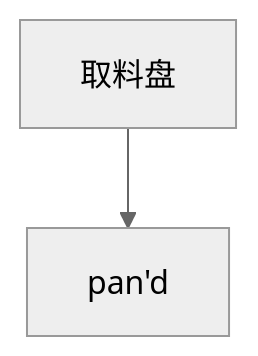
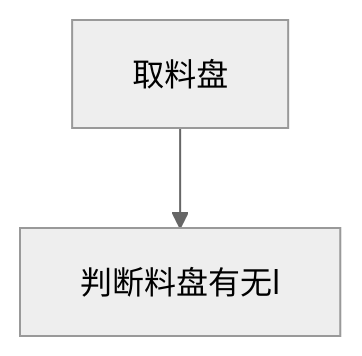
The diagram in all/未命名-1.md (zmq000/iodraw-files), drawn with Mermaid (neutral theme) before and after one commit.

Commit message:
2026-10-20 09:41:33 update

````diff
--- a/all/未命名-1.md
+++ b/all/未命名-1.md
@@ -1,5 +1,5 @@
 ```mermaid
 graph TD
 0[取料盘]-->10
-10[pan'd]
+10[判断料盘有无l]
 ```
````
